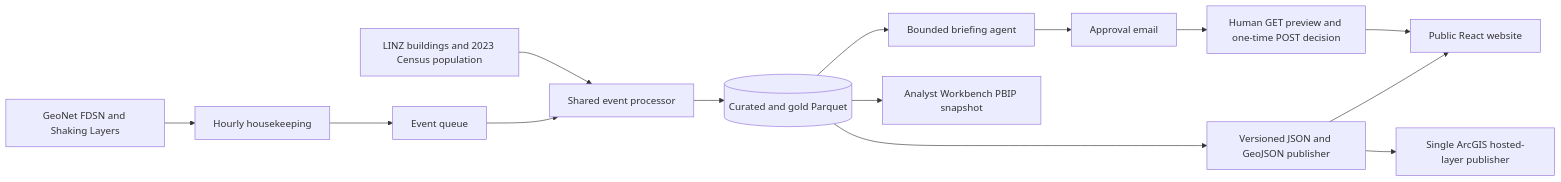
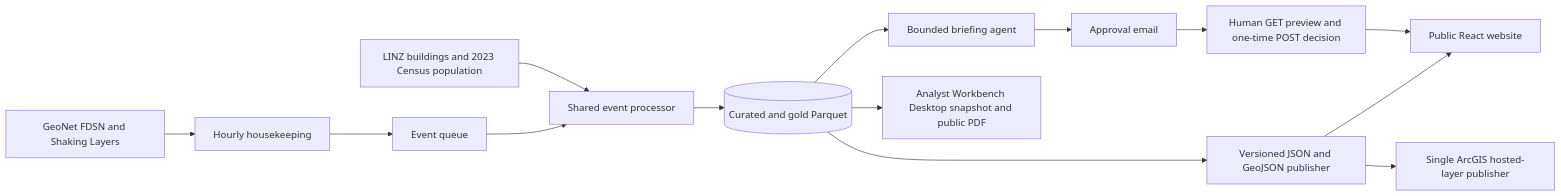
Before and after one commit to liyang6620/nz-hazard-exposure-monitor: the diagram in README.md, drawn with Mermaid. The commit also changed other lines of this file and 6 other files, not shown here.

````diff
--- a/README.md
+++ b/README.md
@@ -30,16 +31,16 @@
 ```mermaid
 flowchart LR
     G[GeoNet FDSN and Shaking Layers] --> H[Hourly housekeeping]
     H --> Q[Event queue]
     Q --> C[Shared event processor]
     L[LINZ buildings and 2023 Census population] --> C
     C --> D[(Curated and gold Parquet)]
     D --> P[Versioned JSON and GeoJSON publisher]
     P --> W[Public React website]
     D --> B[Bounded briefing agent]
     B --> E[Approval email]
     E --> R[Human GET preview and one-time POST decision]
     R --> W
-    D --> PB[Analyst Workbench PBIP snapshot]
+    D --> PB[Analyst Workbench Desktop snapshot and public PDF]
     P --> A[Single ArcGIS hosted-layer publisher]
 ```
````
